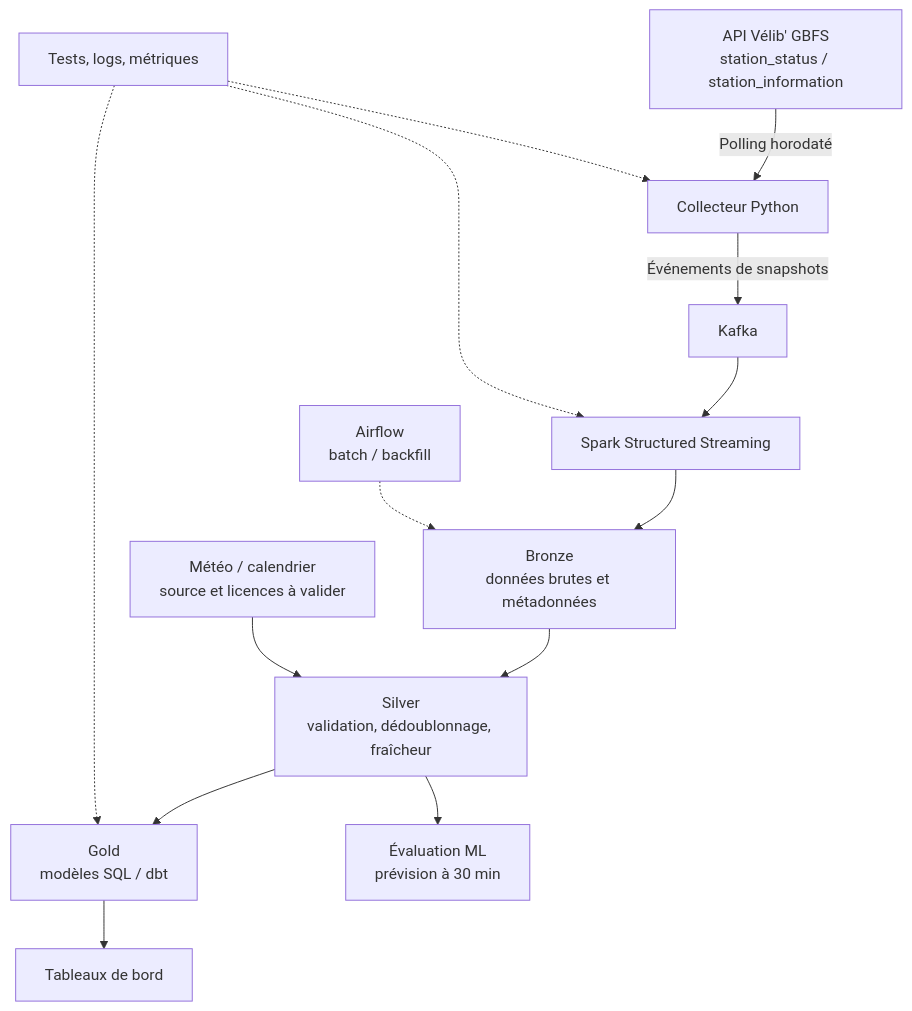
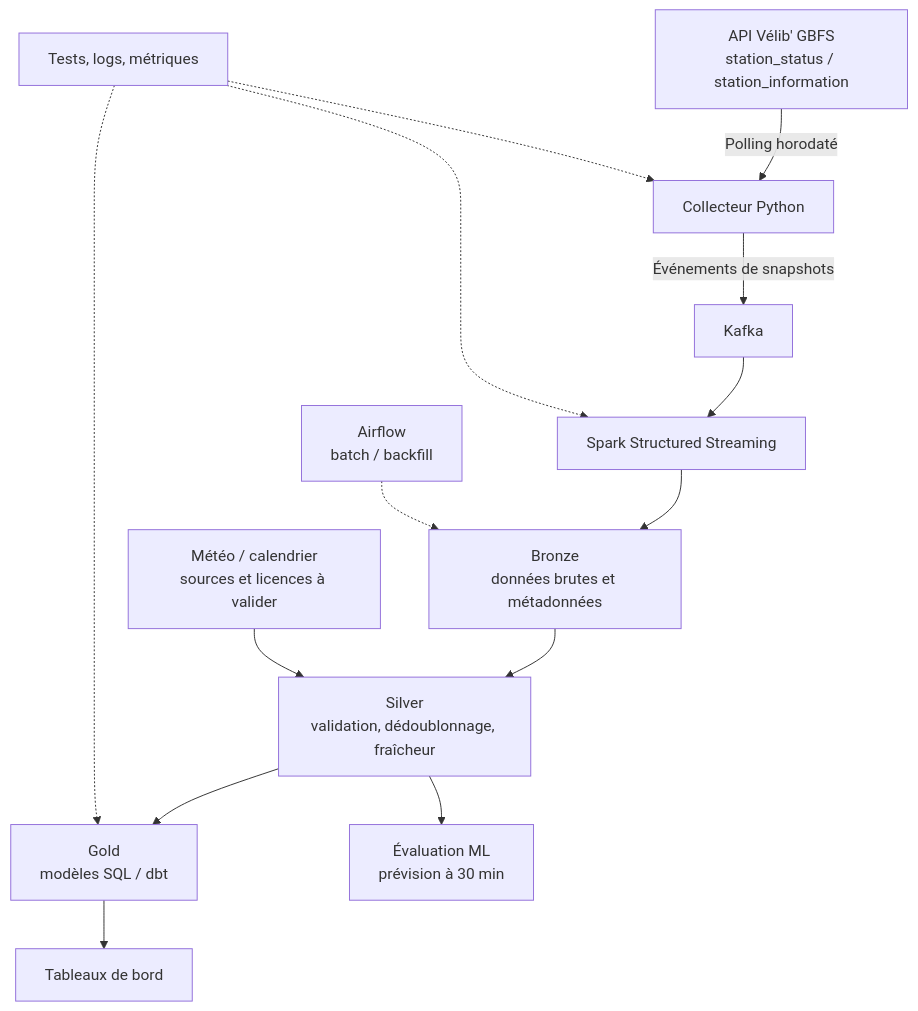
One commit to samirmihoubi2003/grand-paris-mobility-lakehouse changed the diagram in README.md. Above: the diagram before and after it, drawn with Mermaid. The commit also changed other lines of this file and 2 other files, not shown here.

````diff
--- a/README.md
+++ b/README.md
@@ -16,16 +17,16 @@
 ```mermaid
 flowchart TD
-  A["API Vélib' GBFS<br/>station_status / station_information"] -->|"Polling horodaté"| B["Collecteur Python"]
-  B -->|"Événements de snapshots"| K["Kafka"]
-  K --> SP["Spark Structured Streaming"]
-  SP --> BR["Bronze<br/>données brutes et métadonnées"]
-  BR --> SI["Silver<br/>validation, dédoublonnage, fraîcheur"]
-  WX["Météo / calendrier<br/>source et licences à valider"] --> SI
-  SI --> GO["Gold<br/>modèles SQL / dbt"]
-  GO --> BI["Tableaux de bord"]
-  SI --> ML["Évaluation ML<br/>prévision à 30 min"]
-  AF["Airflow<br/>batch / backfill"] -.-> BR
-  OBS["Tests, logs, métriques"] -.-> B
-  OBS -.-> SP
-  OBS -.-> GO
+    A["API Vélib' GBFS<br/>station_status / station_information"] -->|"Polling horodaté"| B["Collecteur Python"]
+    B -->|"Événements de snapshots"| K["Kafka"]
+    K --> SP["Spark Structured Streaming"]
+    SP --> BR["Bronze<br/>données brutes et métadonnées"]
+    BR --> SI["Silver<br/>validation, dédoublonnage, fraîcheur"]
+    WX["Météo / calendrier<br/>sources et licences à valider"] --> SI
+    SI --> GO["Gold<br/>modèles SQL / dbt"]
+    GO --> BI["Tableaux de bord"]
+    SI --> ML["Évaluation ML<br/>prévision à 30 min"]
+    AF["Airflow<br/>batch / backfill"] -.-> BR
+    OBS["Tests, logs, métriques"] -.-> B
+    OBS -.-> SP
+    OBS -.-> GO
 ```
````
